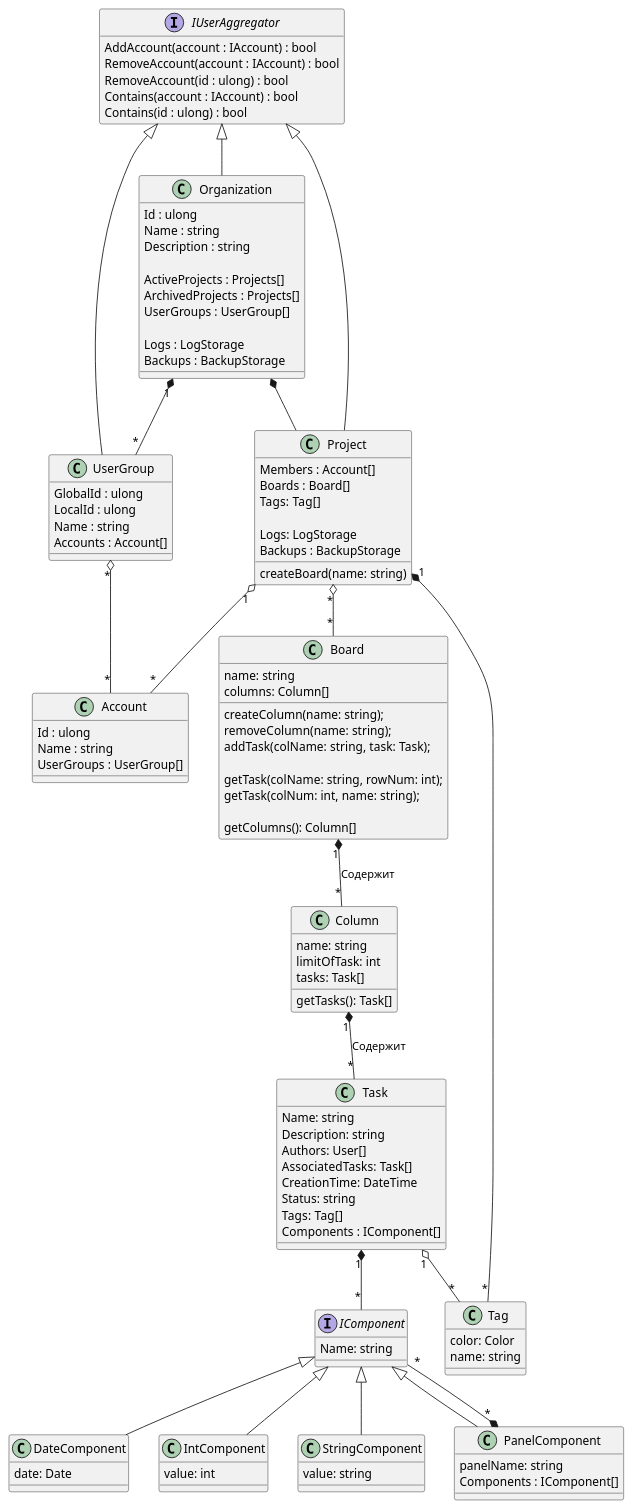
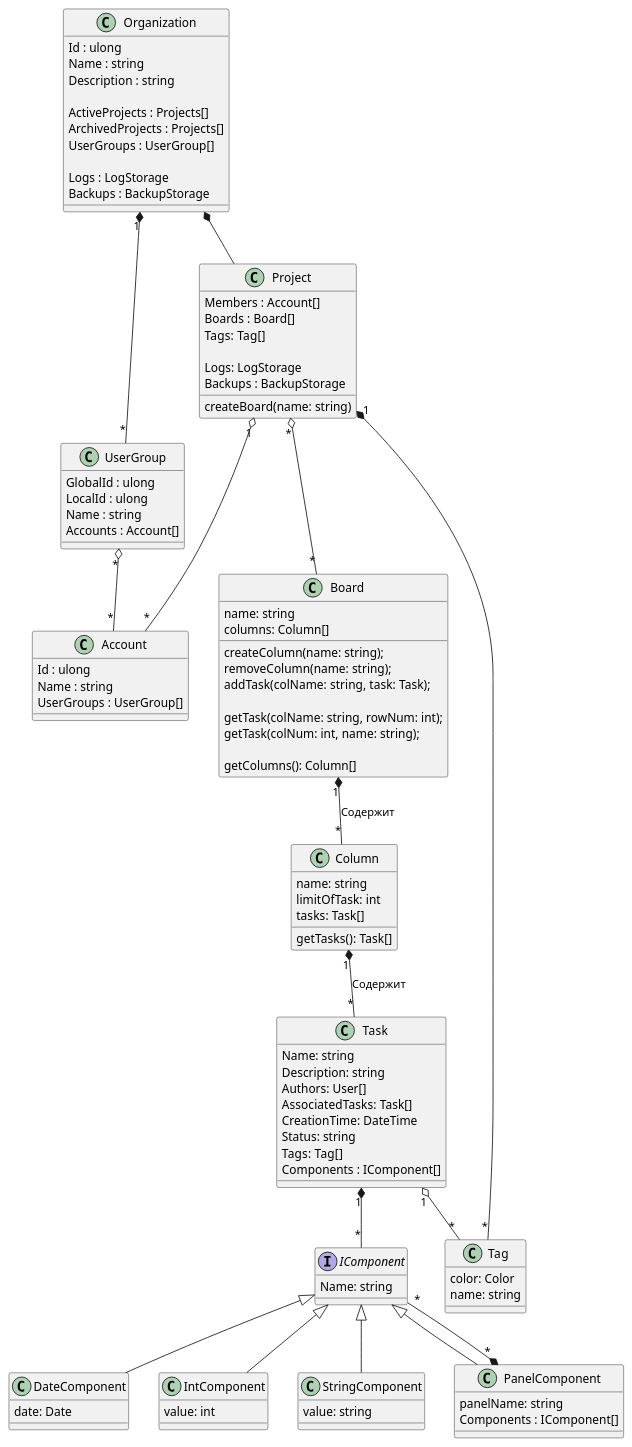
Before and after one commit to HandsAndKeyboards/TFlic: the diagram in doc/diagrams/class/organization full class.puml, drawn with PlantUML. The commit also changed 1 other file, not shown here.

Commit message:
Немного изменена диаграмма use case и class

````diff
--- a/doc/diagrams/class/organization full class.puml
+++ b/doc/diagrams/class/organization full class.puml
@@ -1,157 +1,147 @@
 @startumlProject
 
-interface IUserAggregator {
-    AddAccount(account : IAccount) : bool
-    RemoveAccount(account : IAccount) : bool
-    RemoveAccount(id : ulong) : bool
-    Contains(account : IAccount) : bool
-    Contains(id : ulong) : bool
-}
-hide IUserAggregator fields
+
 
 '''''''''''''''''''''''''''''''''''''''''''''''''''''''''''''''''''''''' ACCOUNTS
 
 class UserGroup {
     GlobalId : ulong
     LocalId : ulong
     Name : string
     Accounts : Account[]
 }
-IUserAggregator <|-- UserGroup
 Organization "1" *-- "*" UserGroup
 
 class Account {
     Id : ulong    
     Name : string
     UserGroups : UserGroup[]
 }
 UserGroup "*" o- "*" Account
 Project "1" o-- "*" Account
 
 '''''''''''''''''''''''''''''''''''''''''''''''''''''''''''''''''''''''' ORGANIZATION
 
 class Organization {
     Id : ulong
     Name : string
     Description : string
     
     ActiveProjects : Projects[]
     ArchivedProjects : Projects[]
     UserGroups : UserGroup[]
      
     Logs : LogStorage
     Backups : BackupStorage
 }
-IUserAggregator <|-- Organization
 
 '''''''''''''''''''''''''''''''''''''''''''''''''''''''''''''''''''''''' PROJECT
 
 class Project 
 {
     Members : Account[]
     Boards : Board[]
     Tags: Tag[]
 
     Logs: LogStorage
     Backups : BackupStorage
 
     createBoard(name: string)
 }
-IUserAggregator <|-- Project
 Organization *-- Project
 
 '''''''''''''''''''''''''''''''''''''''''''''''''''''''''''''''''''''''' BOARD
 
 class Board
 {
     name: string
     columns: Column[]
 
     createColumn(name: string);
     removeColumn(name: string);
     addTask(colName: string, task: Task);
 
     ''''''''''''''' ????
     getTask(colName: string, rowNum: int); 
     getTask(colNum: int, name: string);
     '''''''''''''''
 
     getColumns(): Column[]
 }
 Project "*" o-- "*" Board
 
 '''''''''''''''''''''''''''''
 
 class Column
 {
     name: string
     limitOfTask: int
     tasks: Task[]
 
     getTasks(): Task[]
 }
 
 '''''''''''''''''''''''''''''
 
 class Task
 {
     Name: string
     Description: string
     Authors: User[]
     AssociatedTasks: Task[]
     CreationTime: DateTime
     Status: string
     Tags: Tag[]
     Components : IComponent[]
 }
 
 Task "1" *-- "*" IComponent
 
 '''''''''''''''''''''''''''''
 
 interface IComponent
 {
     Name: string
 }
 
 class DateComponent
 {
     date: Date
 }
 
 class IntComponent
 {
     value: int
 }
 
 class StringComponent
 {
     value: string
 }
 
 class PanelComponent
 {
     panelName: string
     Components : IComponent[]
 }
 
 IComponent <|-- DateComponent
 IComponent <|-- IntComponent
 IComponent <|-- StringComponent
 IComponent <|-- PanelComponent
 PanelComponent "*" *-- "*" IComponent
 
 '''''''''''''''''''''''''''''```
 
 class Tag
 {
     color: Color
     name: string
 }
 Project "1" *-- "*" Tag
 
 Board "1" *-- "*" Column : Содержит
 Column "1" *-- "*" Task : Содержит
 Task "1" o-- "*" Tag
 
 @enduml
````
